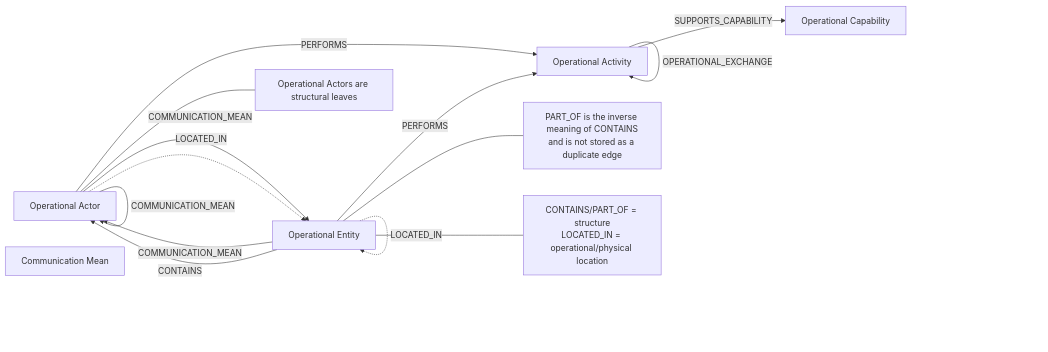
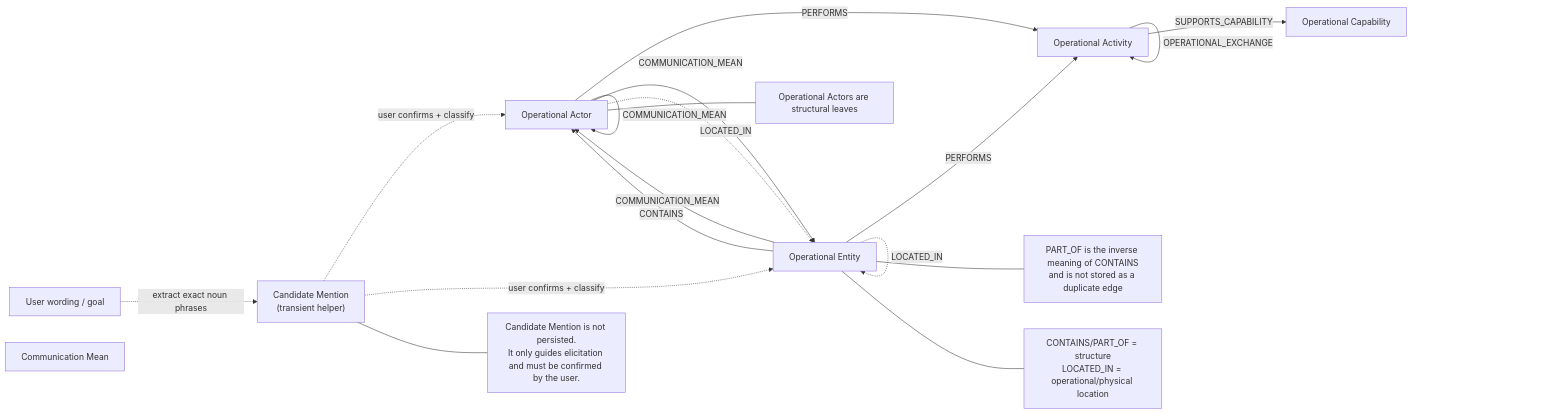
Before and after one commit to fabricionicolato1323-cyber/MBSE-App: the diagram in arcadia_oa_ontology.mmd, drawn with Mermaid.

Commit message:
Show transient candidate discovery in OA ontology

```diff
--- a/arcadia_oa_ontology.mmd
+++ b/arcadia_oa_ontology.mmd
@@ -1,31 +1,40 @@
 flowchart LR
+
+    TEXT["User wording / goal"]
+    CAND["Candidate Mention\n(transient helper)"]
 
     OC["Operational Capability"]
     OA["Operational Actor"]
     OE["Operational Entity"]
     ACT["Operational Activity"]
     CM["Communication Mean"]
+
+    TEXT -.->|"extract exact noun phrases"| CAND
+    CAND -.->|"user confirms + classify"| OA
+    CAND -.->|"user confirms + classify"| OE
 
     OA -->|"PERFORMS"| ACT
     OE -->|"PERFORMS"| ACT
     ACT -->|"SUPPORTS_CAPABILITY"| OC
     ACT -->|"OPERATIONAL_EXCHANGE"| ACT
 
     OA -->|"COMMUNICATION_MEAN"| OA
     OA -->|"COMMUNICATION_MEAN"| OE
     OE -->|"COMMUNICATION_MEAN"| OA
     OE -->|"COMMUNICATION_MEAN"| OE
 
     OE -->|"CONTAINS"| OE
     OE -->|"CONTAINS"| OA
 
     OA -.->|"LOCATED_IN"| OE
     OE -.->|"LOCATED_IN"| OE
 
+    NOTE0["Candidate Mention is not persisted.\nIt only guides elicitation and must be confirmed by the user."]
     NOTE1["PART_OF is the inverse meaning of CONTAINS\nand is not stored as a duplicate edge"]
     NOTE2["Operational Actors are structural leaves"]
     NOTE3["CONTAINS/PART_OF = structure\nLOCATED_IN = operational/physical location"]
 
+    CAND --- NOTE0
     OE --- NOTE1
     OA --- NOTE2
     OE --- NOTE3
```
